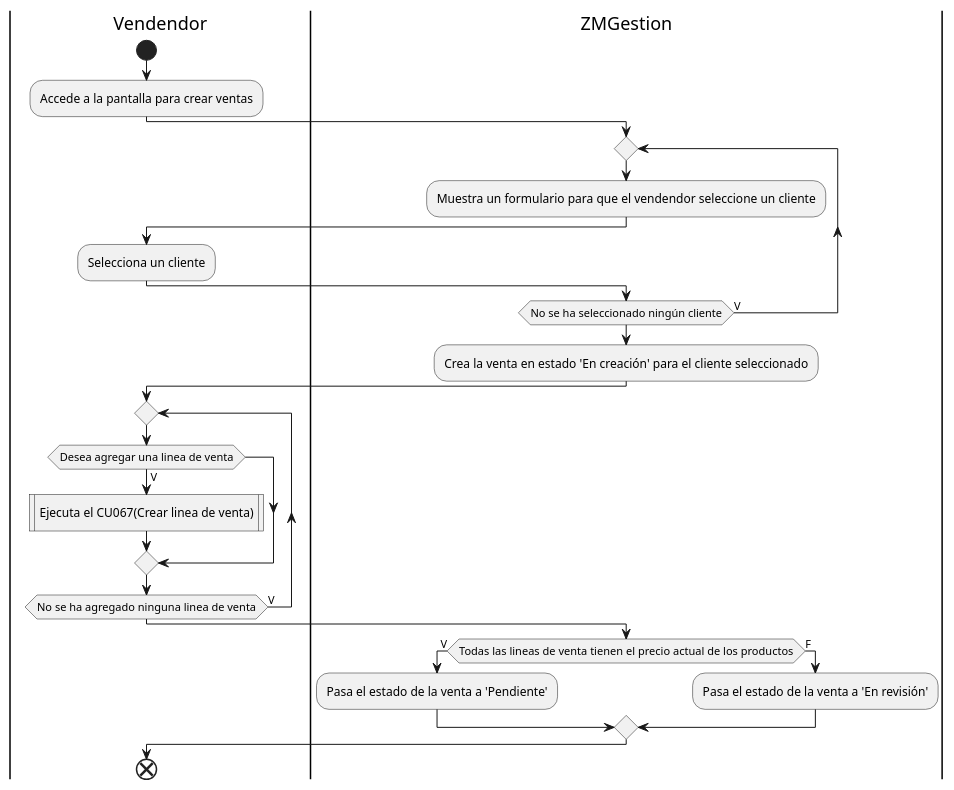
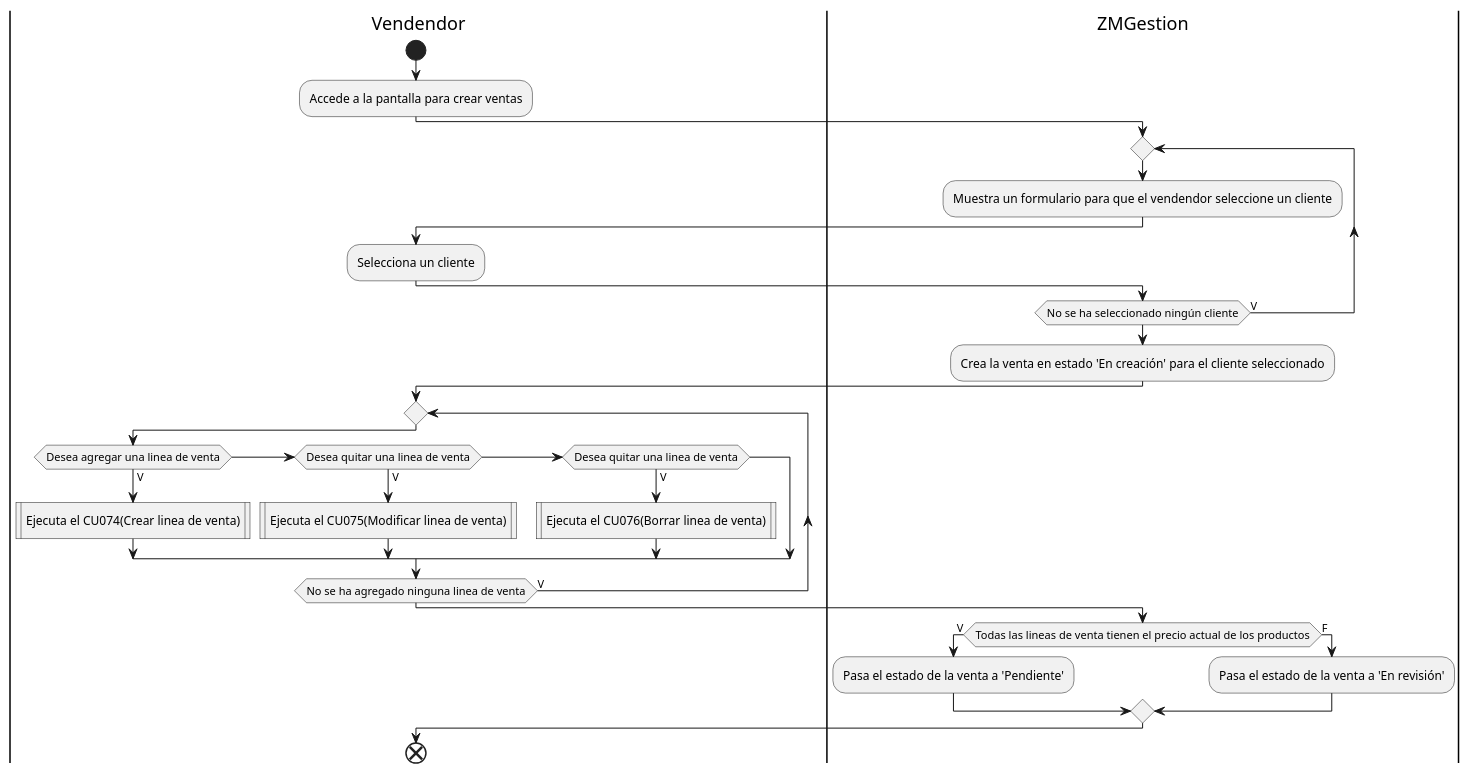
One commit to ZMGestion/DocumentacionZMGestion changed diagram 13 of 29 in DiagramasActividad/DiagramaDeActividad.puml. Above: the diagram before and after it, drawn with PlantUML. The commit also changed other lines of this file and 7 other files, not shown here.

Commit message:
Nuevo DiagramasDeActividad y cambios en DiagramasDeEstado

```diff
--- a/DiagramasActividad/DiagramaDeActividad.puml
+++ b/DiagramasActividad/DiagramaDeActividad.puml
@@ -229,28 +231,31 @@
 @startuml crearVenta
 |Vendendor|
 start
 :Accede a la pantalla para crear ventas;
 |ZMGestion|
 repeat
 :Muestra un formulario para que el vendendor seleccione un cliente;
 |Vendendor|
 :Selecciona un cliente;
 |ZMGestion|
 repeat while(No se ha seleccionado ningún cliente) is (V)
 :Crea la venta en estado 'En creación' para el cliente seleccionado;
 |Vendendor|
 repeat
 if(Desea agregar una linea de venta) then (V)
-:Ejecuta el CU067(Crear linea de venta)|
-else 
+:Ejecuta el CU074(Crear linea de venta)|
+else if (Desea quitar una linea de venta) then (V)
+:Ejecuta el CU075(Modificar linea de venta)|
+else if (Desea quitar una linea de venta) then (V)
+:Ejecuta el CU076(Borrar linea de venta)|
 endif
 repeat while(No se ha agregado ninguna linea de venta) is (V)
 |ZMGestion|
 if(Todas las lineas de venta tienen el precio actual de los productos) then (V)
 :Pasa el estado de la venta a 'Pendiente';
 else (F)
 :Pasa el estado de la venta a 'En revisión';
 endif
 |Vendendor|
 end
 @enduml
```
